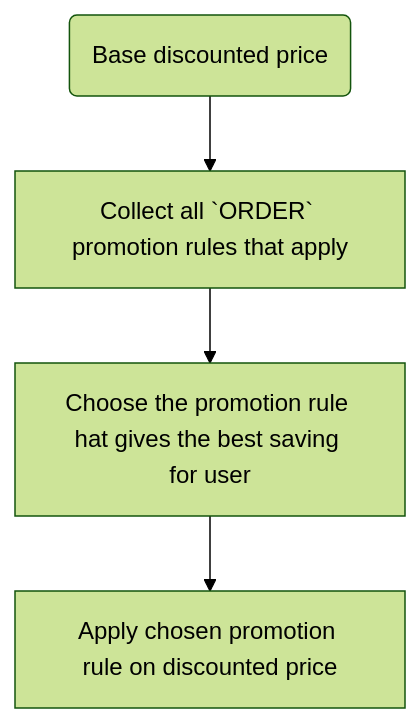
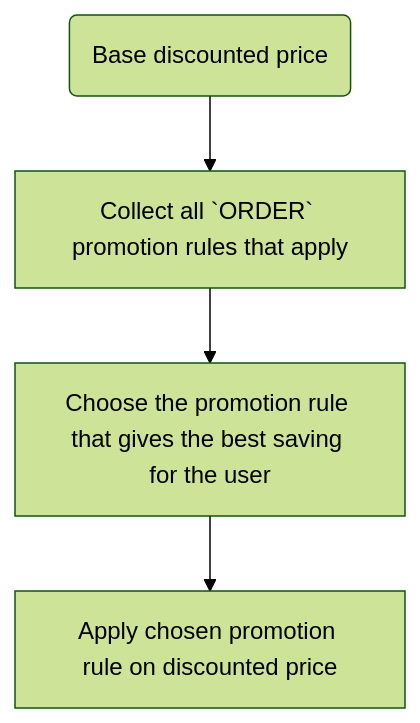
One commit to saleor/saleor-docs changed the second of 2 diagrams in docs/developer/discounts/promotions.mdx. Above: the diagram before and after it, drawn with Mermaid (forest theme). The commit also changed other lines of this file, not shown here.

````diff
--- a/docs/developer/discounts/promotions.mdx
+++ b/docs/developer/discounts/promotions.mdx
@@ -1093,6 +1093,6 @@
 ```mermaid
 graph TD
     A(Base discounted price) --> B[Collect all `ORDER` promotion rules that apply]
-    B --> C[Choose the promotion rule hat gives the best saving for user]
+    B --> C[Choose the promotion rule that gives the best saving for the user]
     C --> D[Apply chosen promotion rule on discounted price]
 ```
````
